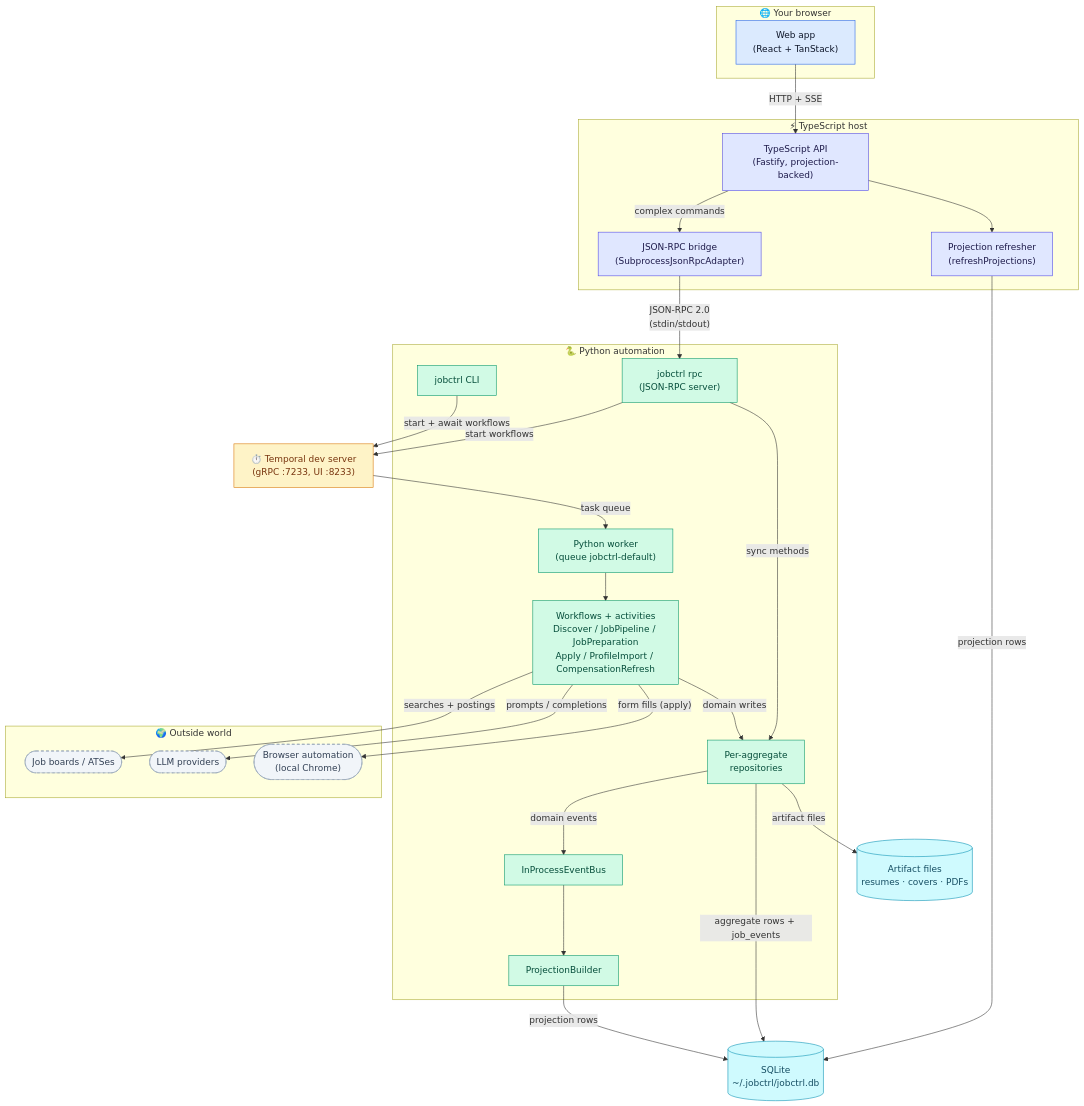
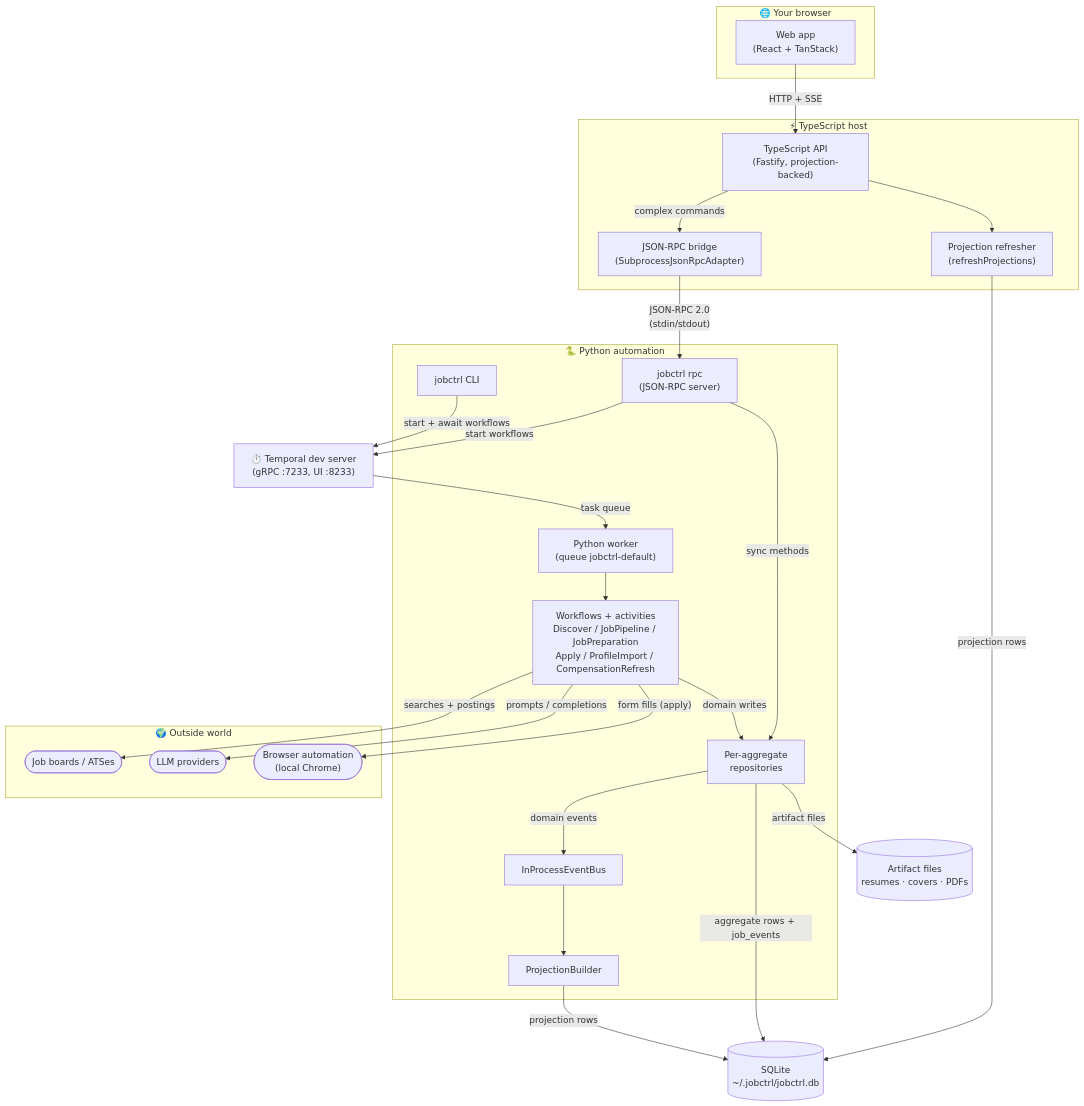
Before and after one commit to ebarti/JobCtrl: the diagram in docs/architecture/index.md, drawn with Mermaid. The commit also changed 46 other files, not shown here.

````diff
--- a/docs/architecture/index.md
+++ b/docs/architecture/index.md
@@ -13,61 +13,55 @@
 ```mermaid
 flowchart TD
   subgraph Client["🌐 Your browser"]
     Web["Web app<br/>(React + TanStack)"]
   end
   subgraph TS["⚡ TypeScript host"]
     Api["TypeScript API<br/>(Fastify, projection-backed)"]
     Projections["Projection refresher<br/>(refreshProjections)"]
     JsonRpc["JSON-RPC bridge<br/>(SubprocessJsonRpcAdapter)"]
   end
   subgraph Py["🐍 Python automation"]
     RpcSrv["jobctrl rpc<br/>(JSON-RPC server)"]
     Cli["jobctrl CLI"]
     Worker["Python worker<br/>(queue jobctrl-default)"]
     Workflows["Workflows + activities<br/>Discover / JobPipeline / JobPreparation<br/>Apply / ProfileImport / CompensationRefresh"]
     Bus["InProcessEventBus"]
     Repos["Per-aggregate<br/>repositories"]
     Builder["ProjectionBuilder"]
   end
   Temporal["⏱️ Temporal dev server<br/>(gRPC :7233, UI :8233)"]
   Db[("SQLite<br/>~/.jobctrl/jobctrl.db")]
   Files[("Artifact files<br/>resumes · covers · PDFs")]
   subgraph Ext["🌍 Outside world"]
     Boards(["Job boards / ATSes"])
     LLM(["LLM providers"])
     Browser(["Browser automation<br/>(local Chrome)"])
   end
 
   Web -- "HTTP + SSE" --> Api
   Api --> Projections
   Api -- "complex commands" --> JsonRpc
   Projections -- "projection rows" --> Db
   JsonRpc -- "JSON-RPC 2.0<br/>(stdin/stdout)" --> RpcSrv
   RpcSrv -- "start workflows" --> Temporal
   RpcSrv -- "sync methods" --> Repos
   Cli -- "start + await workflows" --> Temporal
   Temporal -- "task queue" --> Worker
   Worker --> Workflows
   Workflows -- "domain writes" --> Repos
   Repos -- "aggregate rows + job_events" --> Db
   Repos -- "domain events" --> Bus
   Bus --> Builder
   Builder -- "projection rows" --> Db
   Repos -- "artifact files" --> Files
   Workflows -- "searches + postings" --> Boards
   Workflows -- "prompts / completions" --> LLM
   Workflows -- "form fills (apply)" --> Browser
 
-  classDef ui fill:#dbeafe,stroke:#2563eb,color:#0f172a
-  classDef ts fill:#e0e7ff,stroke:#4f46e5,color:#1e1b4b
-  classDef py fill:#d1fae5,stroke:#059669,color:#064e3b
-  classDef infra fill:#fef3c7,stroke:#d97706,color:#78350f
-  classDef store fill:#cffafe,stroke:#0891b2,color:#164e63
-  classDef ext fill:#f1f5f9,stroke:#94a3b8,color:#334155,stroke-dasharray:5 4
   class Web ui
   class Api,Projections,JsonRpc ts
   class RpcSrv,Cli,Worker,Workflows,Bus,Repos,Builder py
   class Temporal infra
   class Db,Files store
   class Boards,LLM,Browser ext
 ```
````
